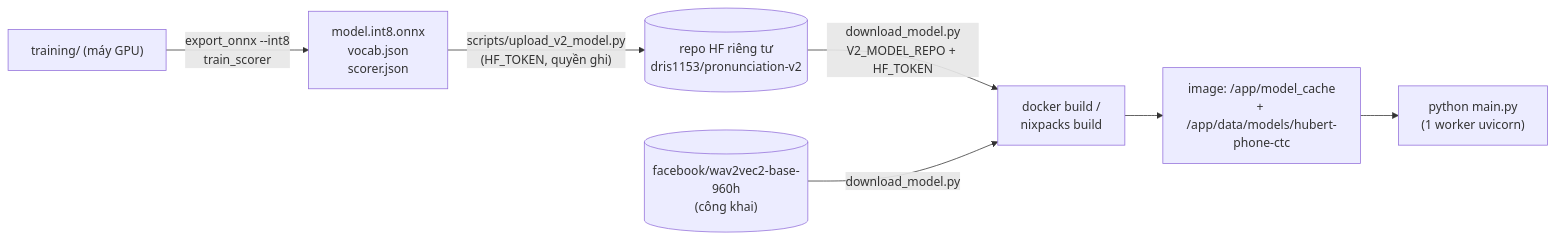
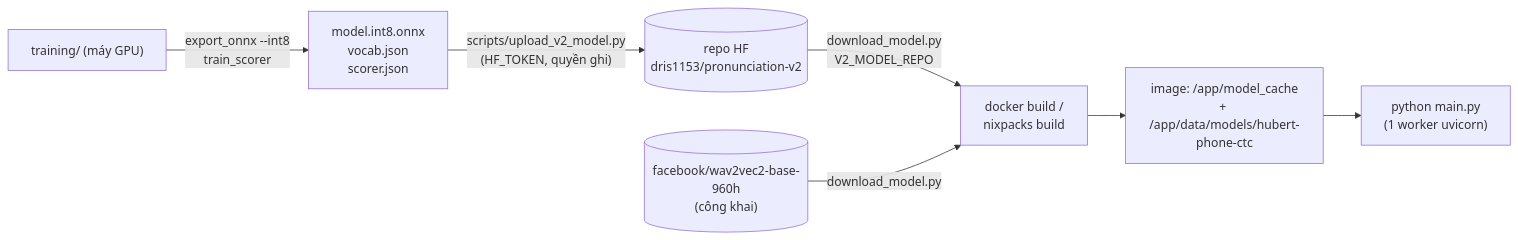
One commit to dris1153/pronunciation-service changed the diagram in languages/vi/docs/deployment.md. Above: the diagram before and after it, drawn with Mermaid. The commit also changed other lines of this file and 40 other files, not shown here.

````diff
--- a/languages/vi/docs/deployment.md
+++ b/languages/vi/docs/deployment.md
@@ -9,9 +9,9 @@
 ```mermaid
 flowchart LR
     train["training/ (máy GPU)"] -->|"export_onnx --int8<br/>train_scorer"| files["model.int8.onnx<br/>vocab.json<br/>scorer.json"]
-    files -->|"scripts/upload_v2_model.py<br/>(HF_TOKEN, quyền ghi)"| hf[("repo HF riêng tư<br/>dris1153/pronunciation-v2")]
-    hf -->|"download_model.py<br/>V2_MODEL_REPO + HF_TOKEN"| build["docker build /<br/>nixpacks build"]
+    files -->|"scripts/upload_v2_model.py<br/>(HF_TOKEN, quyền ghi)"| hf[("repo HF<br/>dris1153/pronunciation-v2")]
+    hf -->|"download_model.py<br/>V2_MODEL_REPO"| build["docker build /<br/>nixpacks build"]
     pub[("facebook/wav2vec2-base-960h<br/>(công khai)")] -->|"download_model.py"| build
     build --> img["image: /app/model_cache<br/>+ /app/data/models/hubert-phone-ctc"]
     img --> run["python main.py<br/>(1 worker uvicorn)"]
 ```
````
